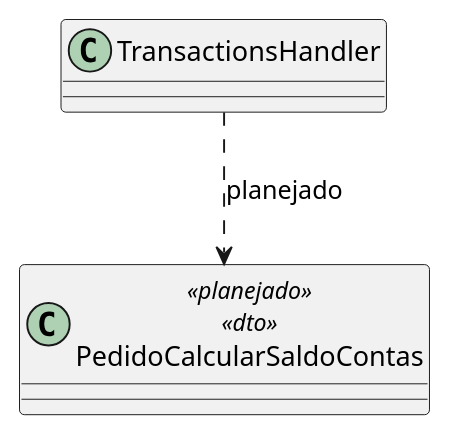
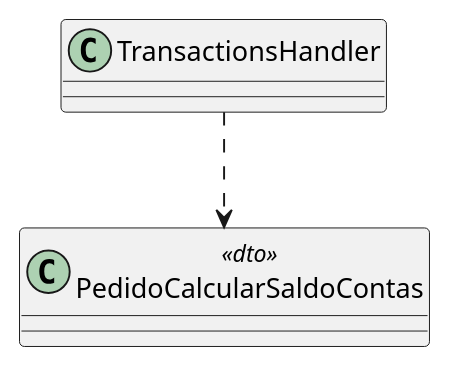
Before and after one commit to MiguelFMont/ES-PI4-2026-T1-G18: the tenth of 12 diagrams in docs/uml/classes/srv-transactions.md, drawn with PlantUML. The commit also changed other lines of this file and 27 other files, not shown here.

Commit message:
docs: UML só do Servidor (remove diagramas de classes do Backend e do Frontend e as marcas de planejado)

````diff
--- a/docs/uml/classes/srv-transactions.md
+++ b/docs/uml/classes/srv-transactions.md
@@ -312,7 +310,7 @@
 ```plantuml
 @startuml
-class PedidoCalcularSaldoContas <<planejado>> <<dto>>
+class PedidoCalcularSaldoContas <<dto>>
 class TransactionsHandler
-TransactionsHandler ..> PedidoCalcularSaldoContas : planejado
+TransactionsHandler ..> PedidoCalcularSaldoContas
 @enduml
 ```
````
